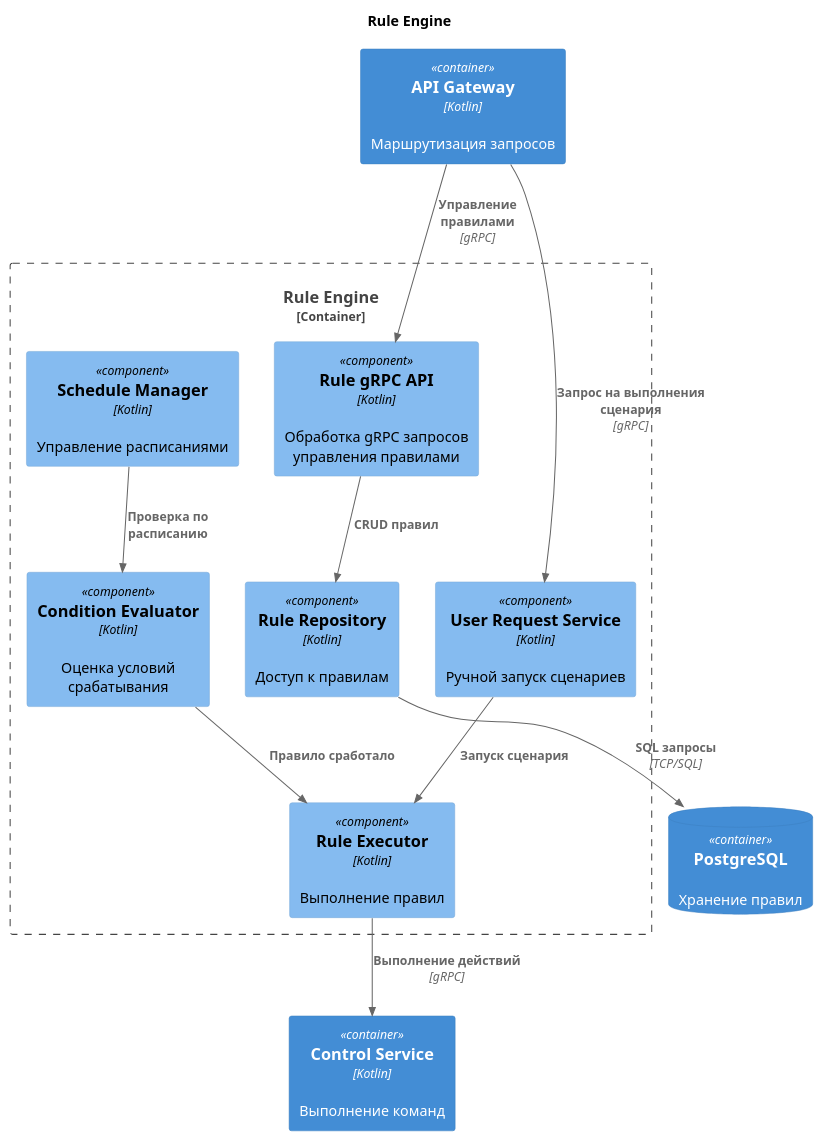
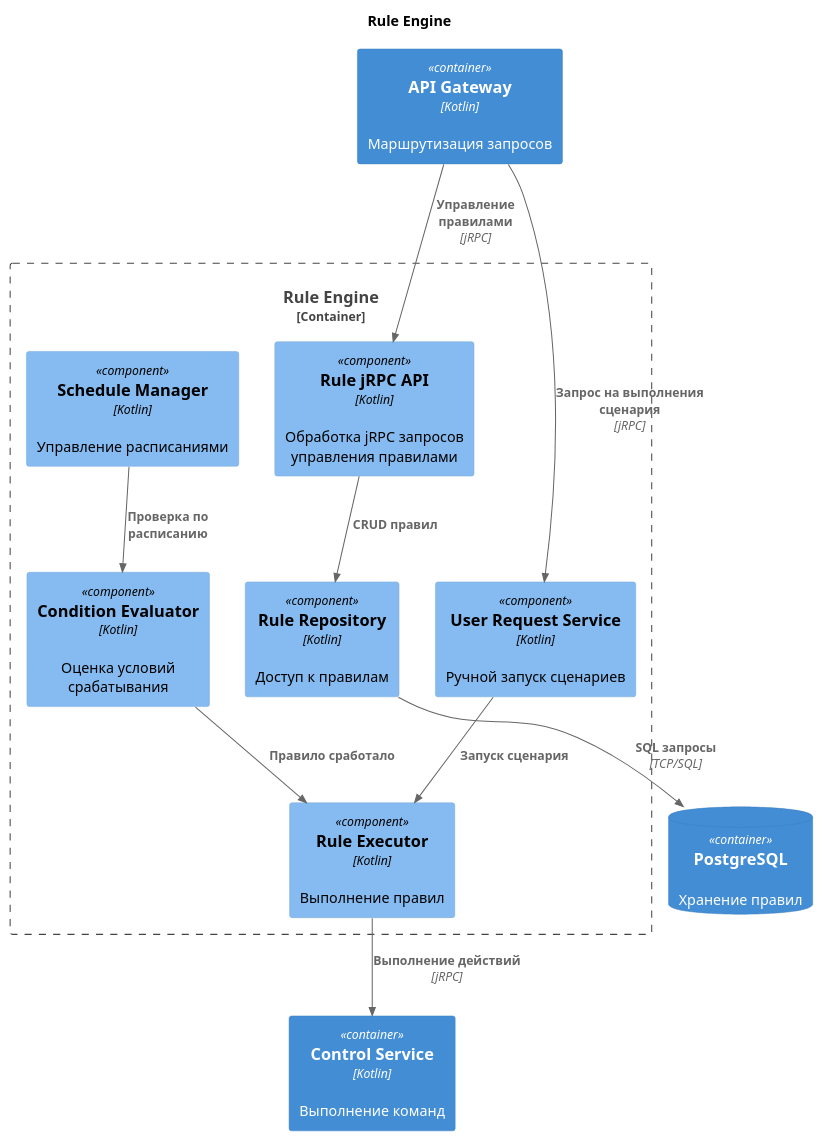
The diagram in uml/components/ToBeComponentsLairRuleService.puml (svNikitij/architecture-warmhouse-docs), drawn with PlantUML before and after one commit. The commit also changed 8 other files, not shown here.

```diff
--- a/uml/components/ToBeComponentsLairRuleService.puml
+++ b/uml/components/ToBeComponentsLairRuleService.puml
@@ -1,29 +1,29 @@
 @startuml
 title Rule Engine
 
 !includeurl https://raw.githubusercontent.com/RicardoNiepel/C4-PlantUML/master/C4_Component.puml
 
 Container(api_gateway, "API Gateway", "Kotlin", "Маршрутизация запросов")
 ContainerDb(postgres, "PostgreSQL", "", "Хранение правил")
 Container(control_service, "Control Service", "Kotlin", "Выполнение команд")
 
 Container_Boundary(rule_service_boundary, "Rule Engine") {
-    Component(rule_grpc_api, "Rule gRPC API", "Kotlin", "Обработка gRPC запросов управления правилами")
+    Component(rule_jRPC_api, "Rule jRPC API", "Kotlin", "Обработка jRPC запросов управления правилами")
     Component(rule_user_request_service, "User Request Service", "Kotlin", "Ручной запуск сценариев")
     Component(rule_executor, "Rule Executor", "Kotlin", "Выполнение правил")
     Component(rule_condition_evaluator, "Condition Evaluator", "Kotlin", "Оценка условий срабатывания")
     Component(rule_schedule_manager, "Schedule Manager", "Kotlin", "Управление расписаниями")
     Component(rule_repository, "Rule Repository", "Kotlin", "Доступ к правилам")
 }
 
-Rel(rule_grpc_api, rule_repository, "CRUD правил")
+Rel(rule_jRPC_api, rule_repository, "CRUD правил")
 Rel(rule_schedule_manager, rule_condition_evaluator, "Проверка по расписанию")
 Rel(rule_condition_evaluator, rule_executor, "Правило сработало")
-Rel(rule_executor, control_service, "Выполнение действий", "gRPC")
+Rel(rule_executor, control_service, "Выполнение действий", "jRPC")
 Rel(rule_user_request_service, rule_executor, "Запуск сценария")
 Rel(rule_repository, postgres, "SQL запросы", "TCP/SQL")
 
-Rel(api_gateway, rule_user_request_service, "Запрос на выполнения сценария", "gRPC")
-Rel(api_gateway, rule_grpc_api, "Управление правилами", "gRPC")
+Rel(api_gateway, rule_user_request_service, "Запрос на выполнения сценария", "jRPC")
+Rel(api_gateway, rule_jRPC_api, "Управление правилами", "jRPC")
 
 @enduml
```
